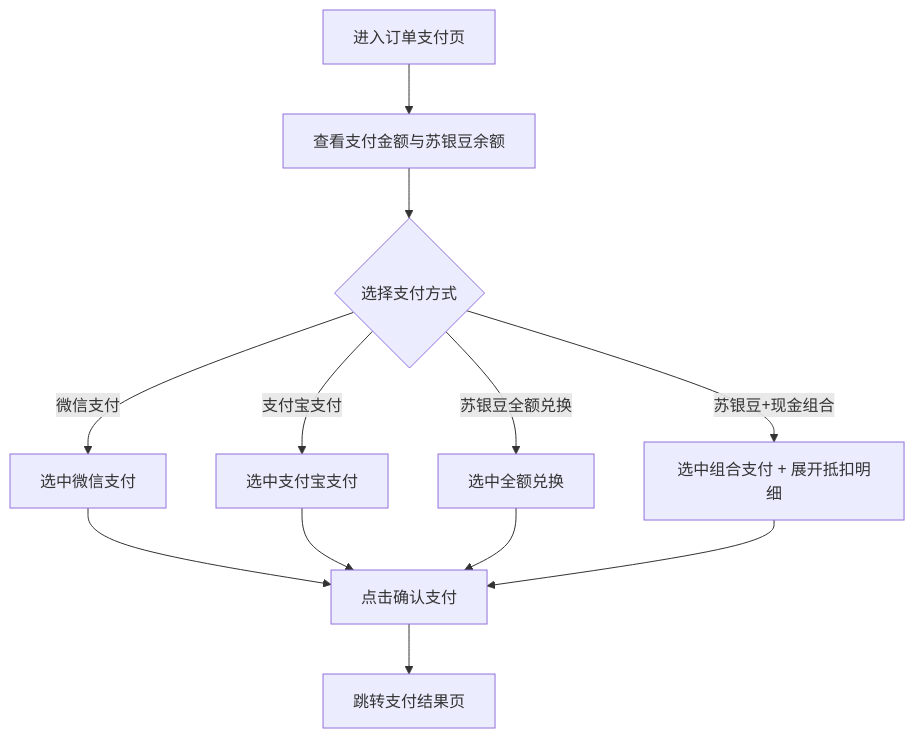
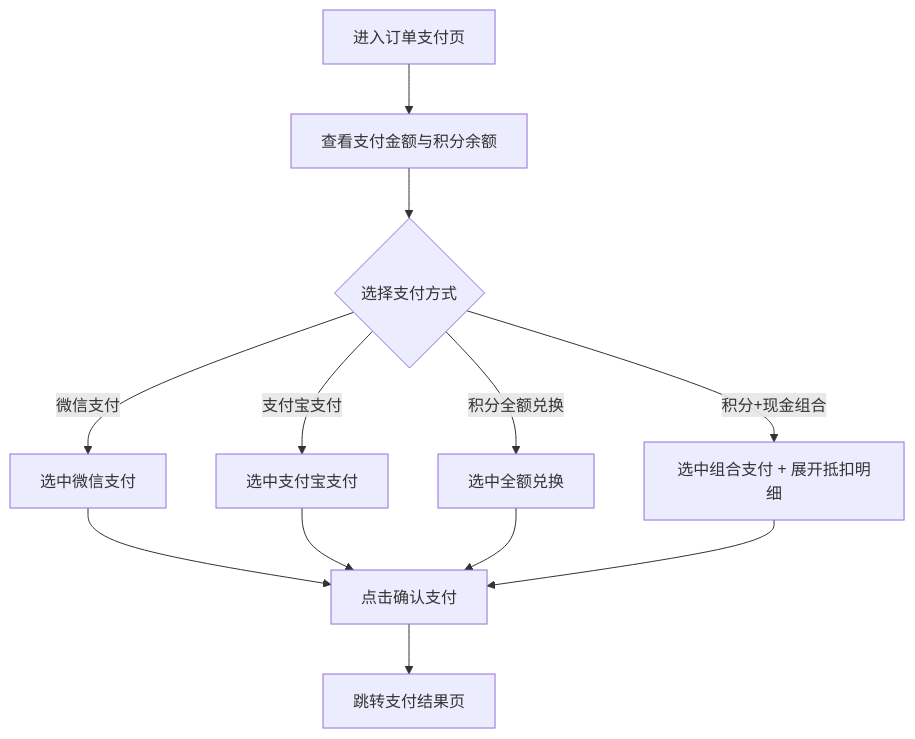
Before and after one commit to lyuxiaohei/mini-program: the first of 2 diagrams in doc/V0.1/PRD_07_收银台与支付结果.md, drawn with Mermaid. The commit also changed other lines of this file and 99 other files, not shown here.

````diff
--- a/doc/V0.1/PRD_07_收银台与支付结果.md
+++ b/doc/V0.1/PRD_07_收银台与支付结果.md
@@ -30,14 +30,14 @@
 ```mermaid
 flowchart TD
-    A[进入订单支付页] --> B[查看支付金额与苏银豆余额]
+    A[进入订单支付页] --> B[查看支付金额与积分余额]
     B --> C{选择支付方式}
     C -->|微信支付| D[选中微信支付]
     C -->|支付宝支付| E[选中支付宝支付]
-    C -->|苏银豆全额兑换| F[选中全额兑换]
-    C -->|苏银豆+现金组合| G[选中组合支付 + 展开抵扣明细]
+    C -->|积分全额兑换| F[选中全额兑换]
+    C -->|积分+现金组合| G[选中组合支付 + 展开抵扣明细]
     D --> H[点击确认支付]
     E --> H
     F --> H
     G --> H
     H --> I[跳转支付结果页]
 ```
````
